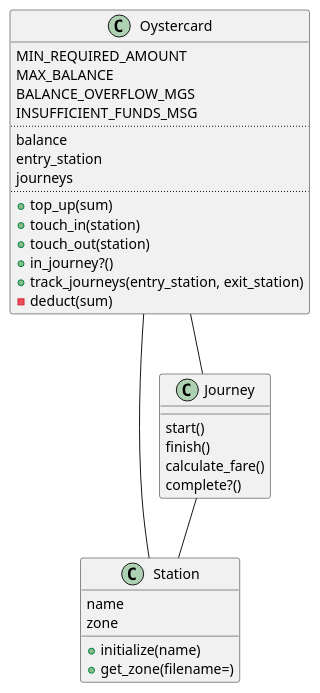
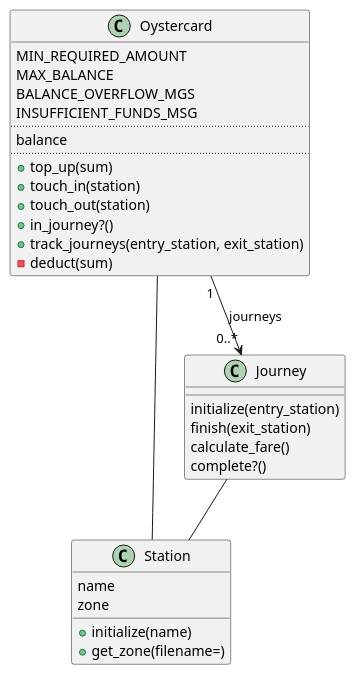
Before and after one commit to meta-morpho-sys/new_oystercard: the diagram in oystercard.puml, drawn with PlantUML. The commit also changed 7 other files, not shown here.

```diff
--- a/oystercard.puml
+++ b/oystercard.puml
@@ -1,41 +1,39 @@
 @startuml
 
 class Oystercard {
-MIN_REQUIRED_AMOUNT
-MAX_BALANCE
-BALANCE_OVERFLOW_MGS
-INSUFFICIENT_FUNDS_MSG
-..
-balance
-entry_station
-journeys
-..
-+ top_up(sum)
-+ touch_in(station)
-+ touch_out(station)
-+ in_journey?()
-+ track_journeys(entry_station, exit_station)
-- deduct(sum)
+    MIN_REQUIRED_AMOUNT
+    MAX_BALANCE
+    BALANCE_OVERFLOW_MGS
+    INSUFFICIENT_FUNDS_MSG
+    ..
+    balance
+    ..
+    + top_up(sum)
+    + touch_in(station)
+    + touch_out(station)
+    + in_journey?()
+    + track_journeys(entry_station, exit_station)
+    - deduct(sum)
 }
 
 class Station {
-name
-zone
-+initialize(name)
-+get_zone(filename=)
+    name
+    zone
+    + initialize(name)
+    + get_zone(filename=)
 }
 
 class Journey {
-start()
-finish()
-calculate_fare()
-complete?()
+    initialize(entry_station)
+    finish(exit_station)
+    calculate_fare()
+    complete?()
+}
 
-}
 Oystercard -- Station
 Journey -- Station
-Oystercard -- Journey
+Oystercard "1" --> "0..*" Journey: journeys
 
 
 
 @enduml
```
